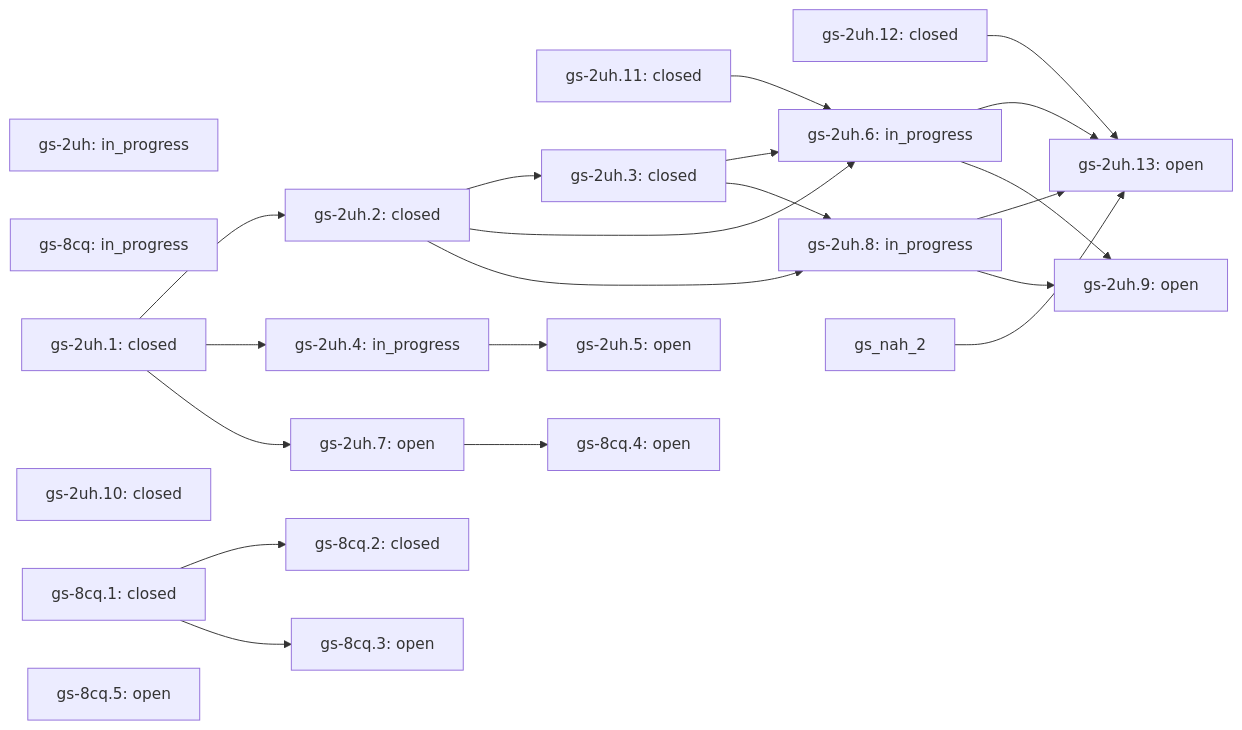
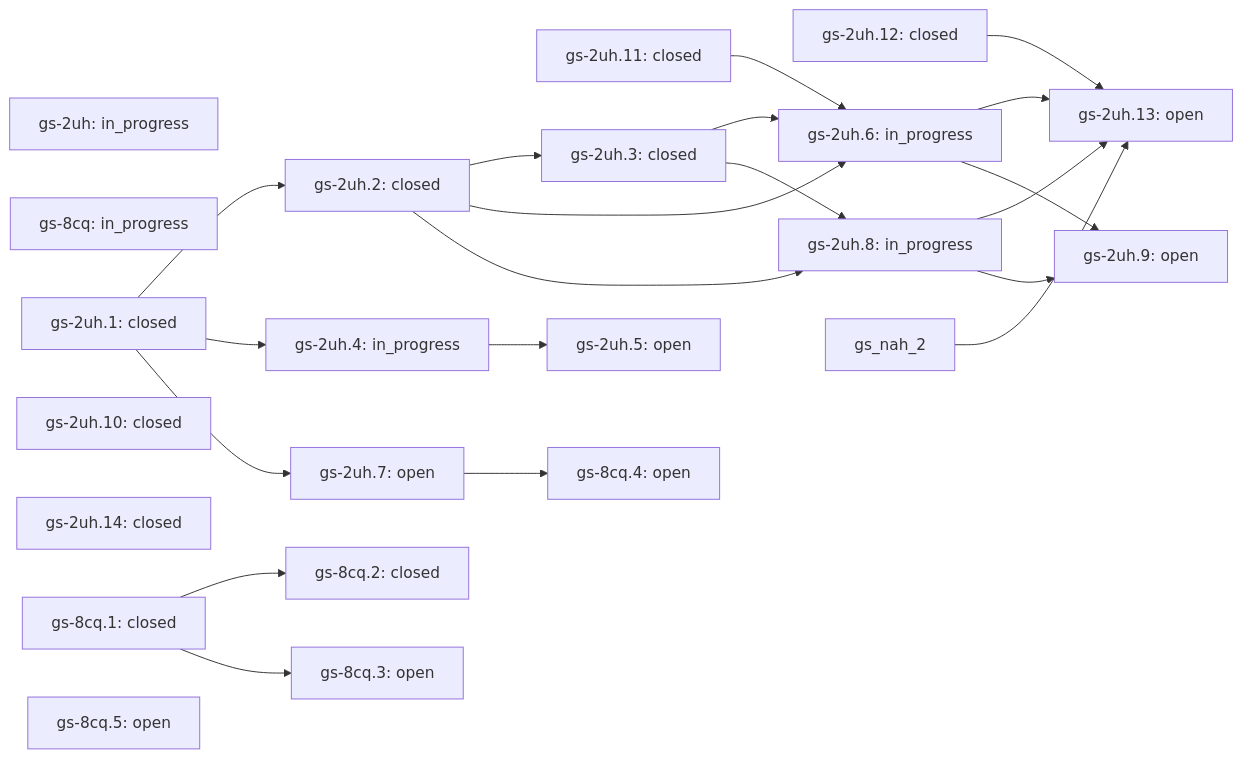
Before and after one commit to lifeofgurpreet/G-Skills: the diagram in docs/skills/vps-health/ROADMAP.md, drawn with Mermaid. The commit also changed other lines of this file and 25 other files, not shown here.

````diff
--- a/docs/skills/vps-health/ROADMAP.md
+++ b/docs/skills/vps-health/ROADMAP.md
@@ -32,42 +33,43 @@
 ```mermaid
 flowchart LR
   gs_2uh["gs-2uh: in_progress"]
   gs_8cq["gs-8cq: in_progress"]
   gs_2uh_1["gs-2uh.1: closed"]
   gs_2uh_10["gs-2uh.10: closed"]
   gs_2uh_11["gs-2uh.11: closed"]
   gs_2uh_12["gs-2uh.12: closed"]
   gs_2uh_13["gs-2uh.13: open"]
   gs_2uh_12 --> gs_2uh_13
   gs_2uh_6 --> gs_2uh_13
   gs_2uh_8 --> gs_2uh_13
   gs_nah_2 --> gs_2uh_13
+  gs_2uh_14["gs-2uh.14: closed"]
   gs_2uh_2["gs-2uh.2: closed"]
   gs_2uh_1 --> gs_2uh_2
   gs_2uh_3["gs-2uh.3: closed"]
   gs_2uh_2 --> gs_2uh_3
   gs_2uh_4["gs-2uh.4: in_progress"]
   gs_2uh_1 --> gs_2uh_4
   gs_2uh_5["gs-2uh.5: open"]
   gs_2uh_4 --> gs_2uh_5
   gs_2uh_6["gs-2uh.6: in_progress"]
   gs_2uh_11 --> gs_2uh_6
   gs_2uh_2 --> gs_2uh_6
   gs_2uh_3 --> gs_2uh_6
   gs_2uh_8["gs-2uh.8: in_progress"]
   gs_2uh_2 --> gs_2uh_8
   gs_2uh_3 --> gs_2uh_8
   gs_8cq_1["gs-8cq.1: closed"]
   gs_8cq_2["gs-8cq.2: closed"]
   gs_8cq_1 --> gs_8cq_2
   gs_2uh_7["gs-2uh.7: open"]
   gs_2uh_1 --> gs_2uh_7
   gs_2uh_9["gs-2uh.9: open"]
   gs_2uh_6 --> gs_2uh_9
   gs_2uh_8 --> gs_2uh_9
   gs_8cq_3["gs-8cq.3: open"]
   gs_8cq_1 --> gs_8cq_3
   gs_8cq_4["gs-8cq.4: open"]
   gs_2uh_7 --> gs_8cq_4
   gs_8cq_5["gs-8cq.5: open"]
 ```
````
